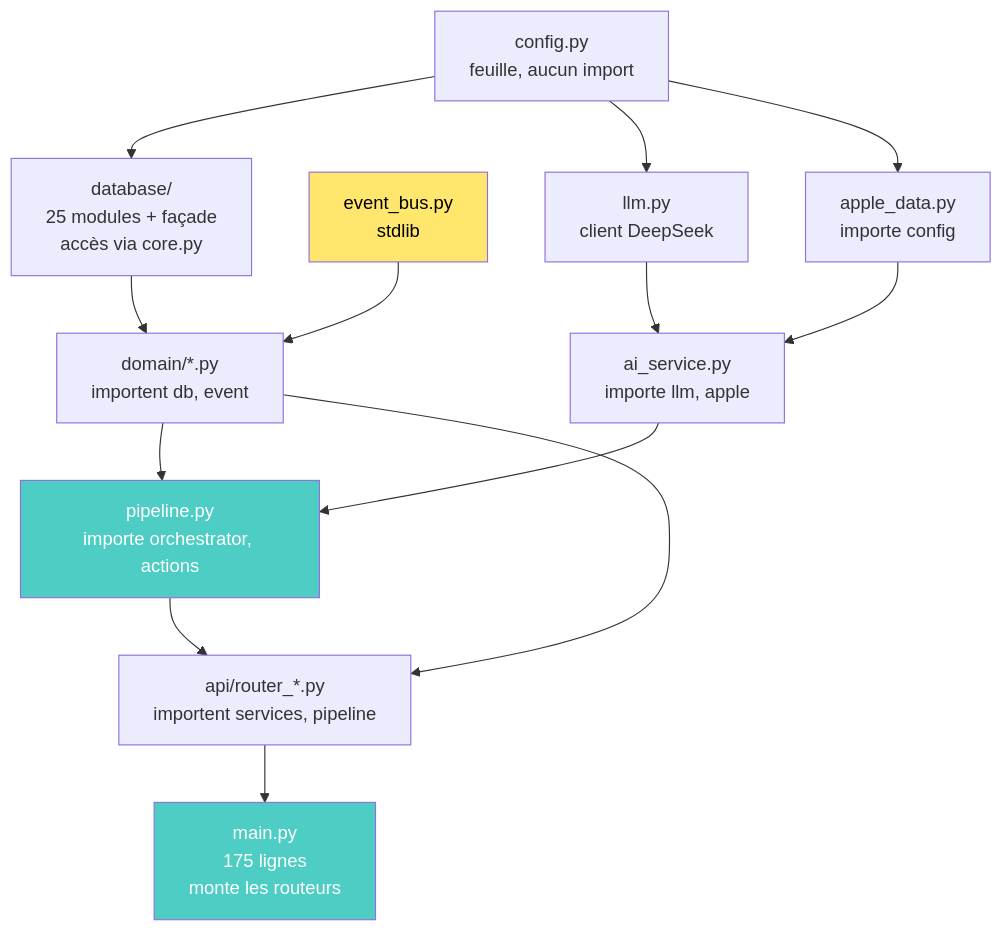
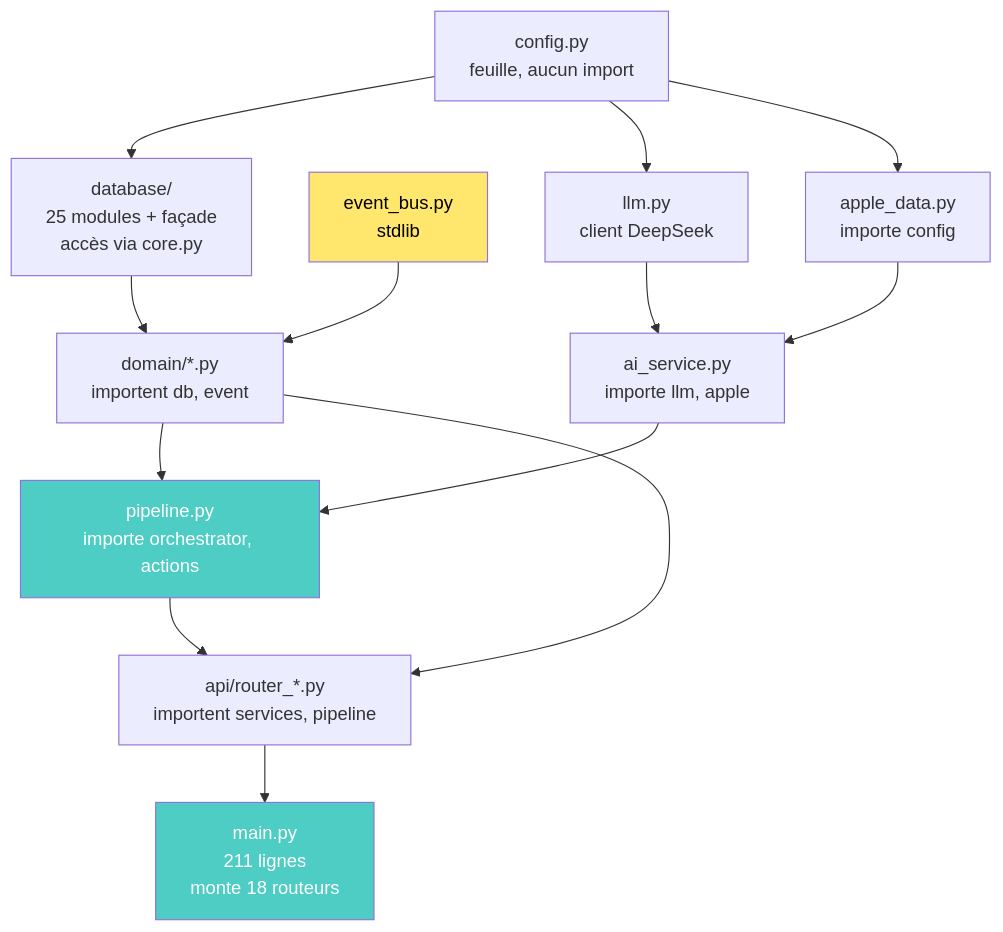
One commit to AVTAVANTTOUT2/JarvisAPI changed the third of 3 diagrams in Architecture/08_ARCHITECTURE_CIBLE.md. Above: the diagram before and after it, drawn with Mermaid. The commit also changed other lines of this file and 19 other files, not shown here.

Commit message:
docs(architecture): enforce canonical API structure

````diff
--- a/Architecture/08_ARCHITECTURE_CIBLE.md
+++ b/Architecture/08_ARCHITECTURE_CIBLE.md
@@ -216,33 +216,33 @@
 ```mermaid
 graph TB
     CONFIG["config.py<br/>feuille, aucun import"]
     EVENT["event_bus.py<br/>stdlib"]
     DB["database/<br/>25 modules + façade<br/>accès via core.py"]
     LLM_CLIENT["llm.py<br/>client DeepSeek"]
 
     SERVICES["domain/*.py<br/>importent db, event"]
     APPLE["apple_data.py<br/>importe config"]
     AI["ai_service.py<br/>importe llm, apple"]
 
     PIPELINE["pipeline.py<br/>importe orchestrator, actions"]
     ROUTERS["api/router_*.py<br/>importent services, pipeline"]
 
-    MAIN["main.py<br/>175 lignes<br/>monte les routeurs"]
+    MAIN["main.py<br/>211 lignes<br/>monte 18 routeurs"]
 
     CONFIG --> DB
     CONFIG --> LLM_CLIENT
     CONFIG --> APPLE
     DB --> SERVICES
     EVENT --> SERVICES
     LLM_CLIENT --> AI
     APPLE --> AI
     SERVICES --> PIPELINE
     AI --> PIPELINE
     PIPELINE --> ROUTERS
     SERVICES --> ROUTERS
     ROUTERS --> MAIN
 
     style MAIN fill:#4ecdc4,color:#fff
     style PIPELINE fill:#4ecdc4,color:#fff
     style EVENT fill:#ffe66d,color:#000
 ```
````
